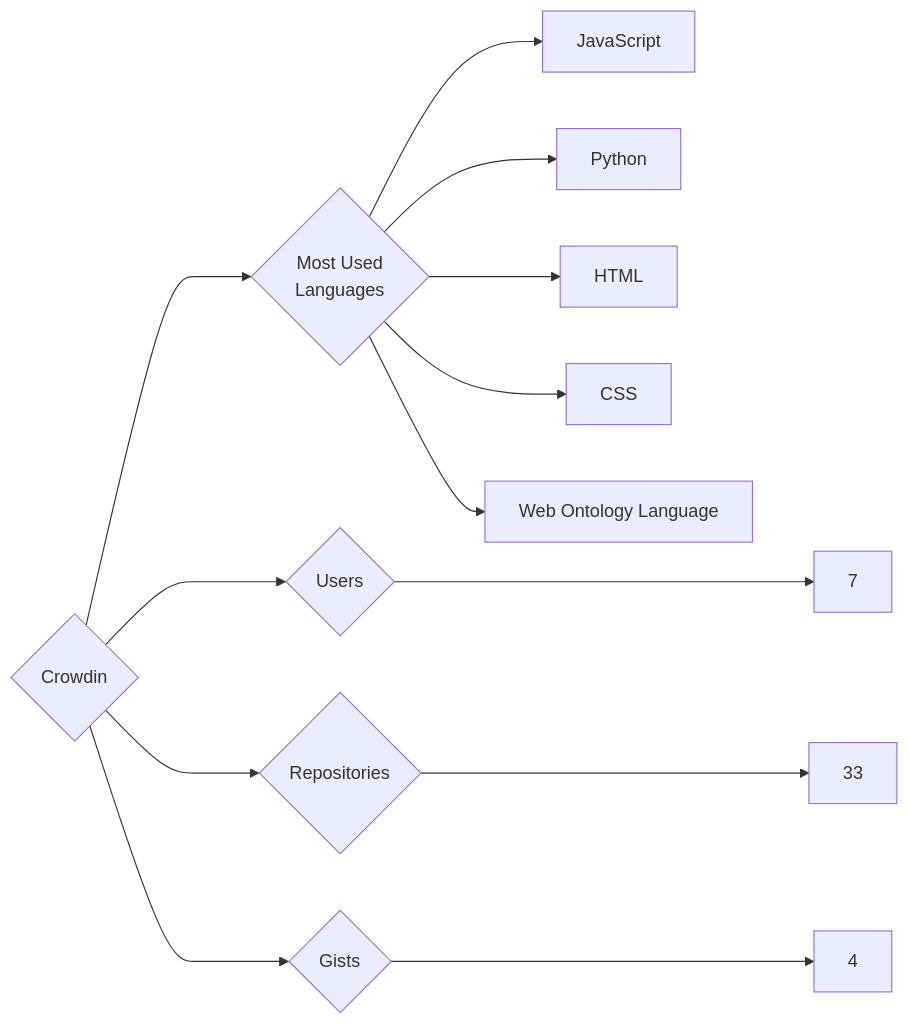
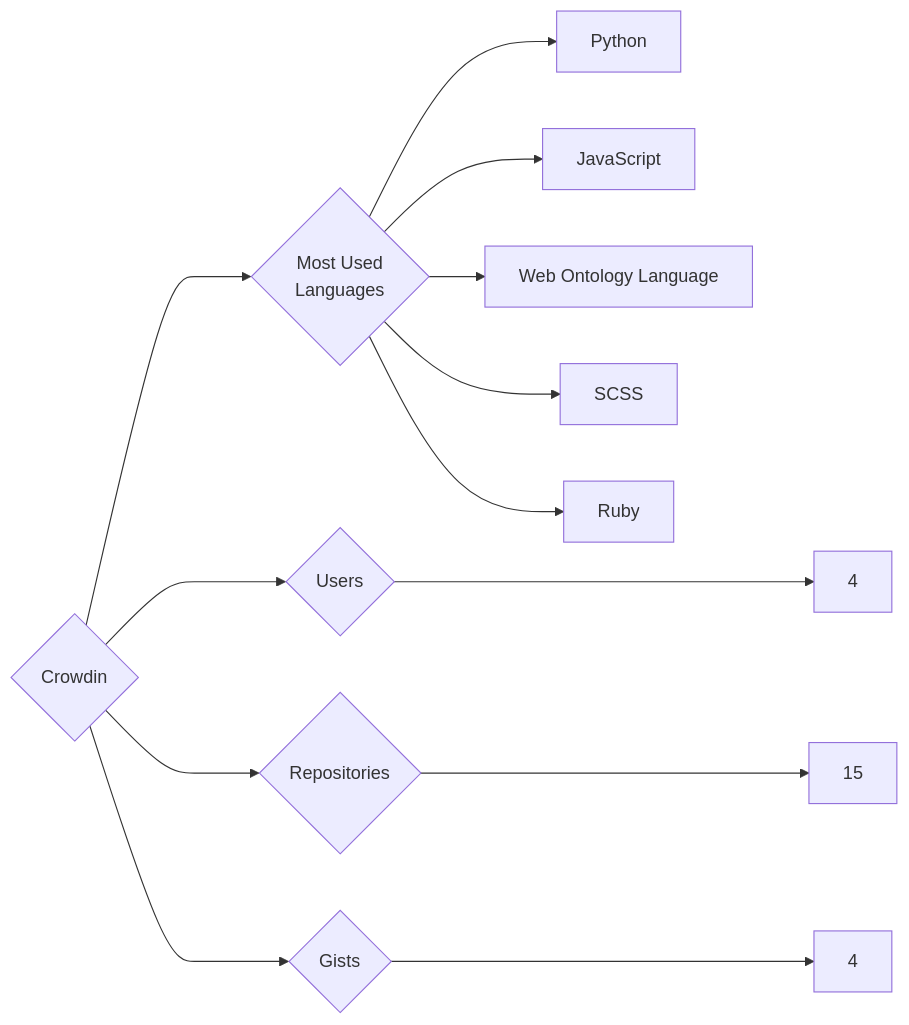
One commit to trickest/insiders changed the diagram in targets/Crowdin/README.md. Above: the diagram before and after it, drawn with Mermaid. The commit also changed 997 other files, not shown here.

````diff
--- a/targets/Crowdin/README.md
+++ b/targets/Crowdin/README.md
@@ -3,13 +3,13 @@
 ```mermaid
 graph LR
 COMPANY_NAME{Crowdin}
-COMPANY_NAME ---> U{Users} ---> UN[7]
-COMPANY_NAME ---> R{Repositories} ---> RN[33]
+COMPANY_NAME ---> U{Users} ---> UN[4]
+COMPANY_NAME ---> R{Repositories} ---> RN[15]
 COMPANY_NAME ---> G{Gists} ---> GN[4]
 COMPANY_NAME ---> ML{Most Used<br>Languages}
+ML --> Python[Python]
 ML --> JavaScript[JavaScript]
-ML --> Python[Python]
-ML --> HTML[HTML]
-ML --> CSS[CSS]
 ML --> Web_Ontology_Language[Web Ontology Language]
+ML --> SCSS[SCSS]
+ML --> Ruby[Ruby]
 ```
````
